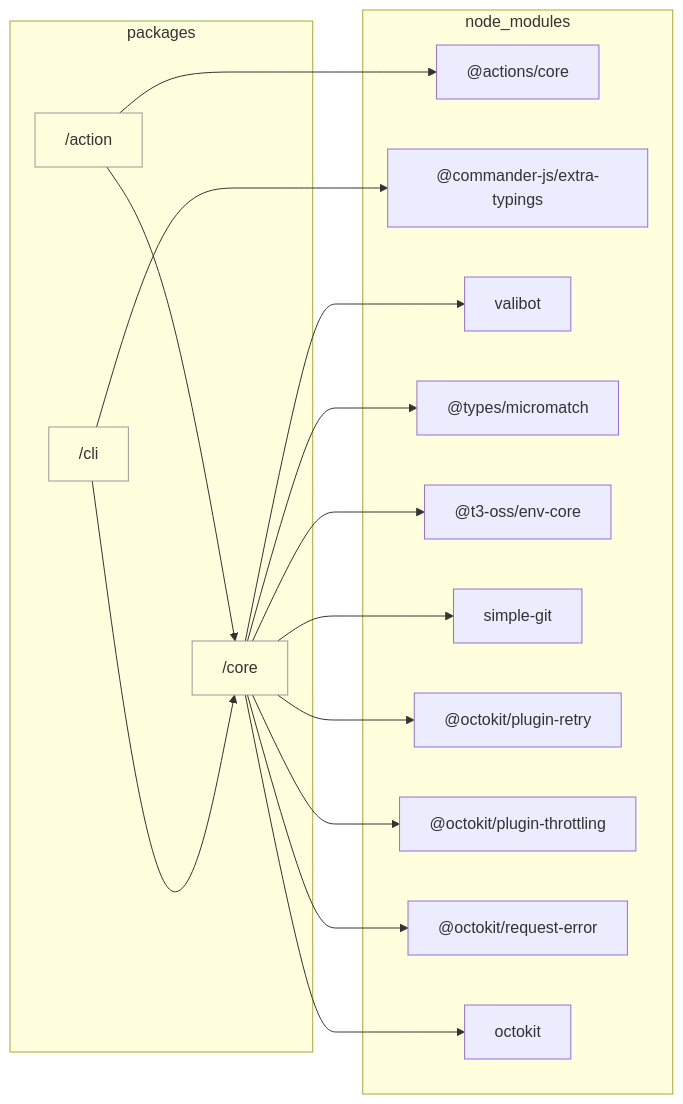
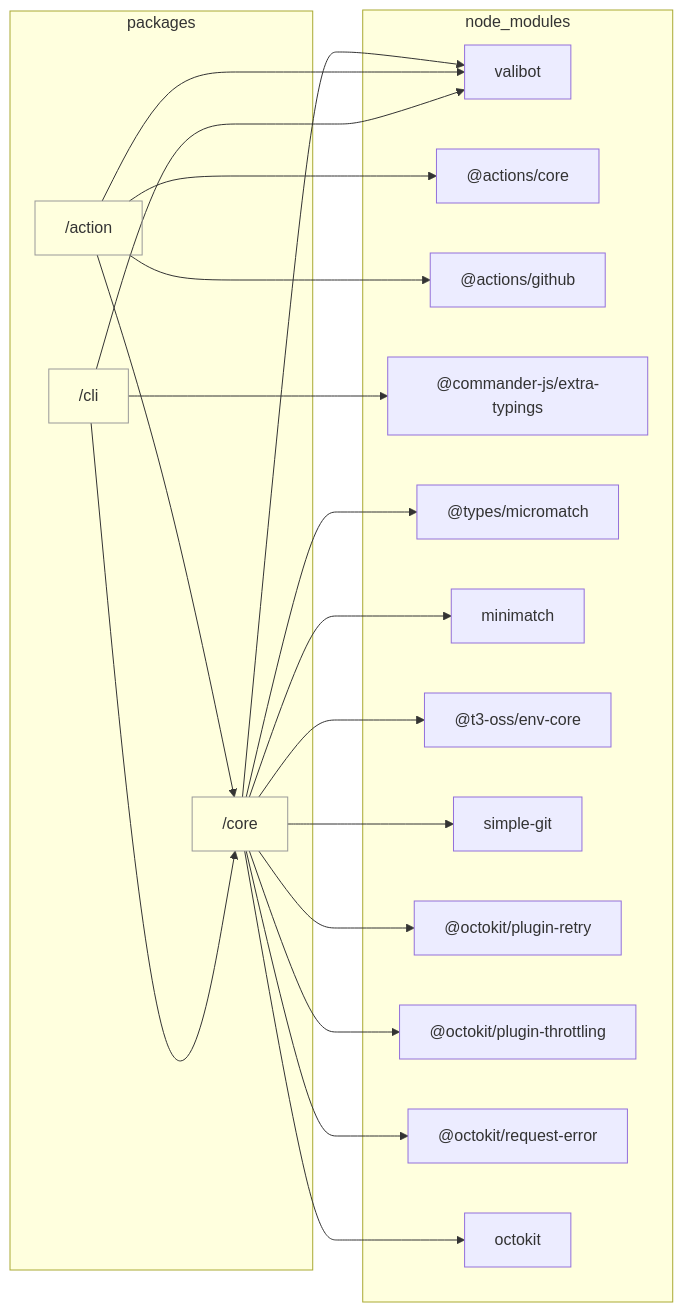
Before and after one commit to sugurutakahashi-1234/issue-linker: the diagram in docs/reports/dependencies/overview.md, drawn with Mermaid. The commit also changed 59 other files, not shown here.

````diff
--- a/docs/reports/dependencies/overview.md
+++ b/docs/reports/dependencies/overview.md
@@ -7,33 +7,39 @@
 ```mermaid
 flowchart LR
     classDef dir fill:#0000,stroke:#999
     subgraph packages["packages"]
         packages/core["/core"]:::dir
         packages/action["/action"]:::dir
         packages/cli["/cli"]:::dir
     end
     subgraph node//modules["node_modules"]
+        node//modules/valibot/dist/index.d.cts["valibot"]
         node//modules///actions/core/lib/core.d.ts["@actions/core"]
+        node//modules///actions/github/lib/github.d.ts["@actions/github"]
         node//modules///commander//js/extra//typings/index.d.ts["@commander-js/extra-typings"]
-        node//modules/valibot/dist/index.d.cts["valibot"]
         node//modules///types/micromatch/index.d.ts["@types/micromatch"]
+        node//modules/minimatch/dist/commonjs/index.d.ts["minimatch"]
         node//modules///t3//oss/env//core/dist/index.d.ts["@t3-oss/env-core"]
         node//modules/simple//git/dist/typings/index.d.ts["simple-git"]
         node//modules///octokit/plugin//retry/dist//types/index.d.ts["@octokit/plugin-retry"]
         node//modules///octokit/plugin//throttling/dist//types/index.d.ts["@octokit/plugin-throttling"]
         node//modules///octokit/request//error/dist//types/index.d.ts["@octokit/request-error"]
         node//modules/octokit/dist//types/index.d.ts["octokit"]
     end
+    packages/core-->node//modules/valibot/dist/index.d.cts
     packages/action-->node//modules///actions/core/lib/core.d.ts
+    packages/action-->node//modules///actions/github/lib/github.d.ts
     packages/action-->packages/core
+    packages/action-->node//modules/valibot/dist/index.d.cts
     packages/cli-->node//modules///commander//js/extra//typings/index.d.ts
     packages/cli-->packages/core
-    packages/core-->node//modules/valibot/dist/index.d.cts
+    packages/cli-->node//modules/valibot/dist/index.d.cts
     packages/core-->node//modules///types/micromatch/index.d.ts
+    packages/core-->node//modules/minimatch/dist/commonjs/index.d.ts
     packages/core-->node//modules///t3//oss/env//core/dist/index.d.ts
     packages/core-->node//modules/simple//git/dist/typings/index.d.ts
     packages/core-->node//modules///octokit/plugin//retry/dist//types/index.d.ts
     packages/core-->node//modules///octokit/plugin//throttling/dist//types/index.d.ts
     packages/core-->node//modules///octokit/request//error/dist//types/index.d.ts
     packages/core-->node//modules/octokit/dist//types/index.d.ts
 ```
````
